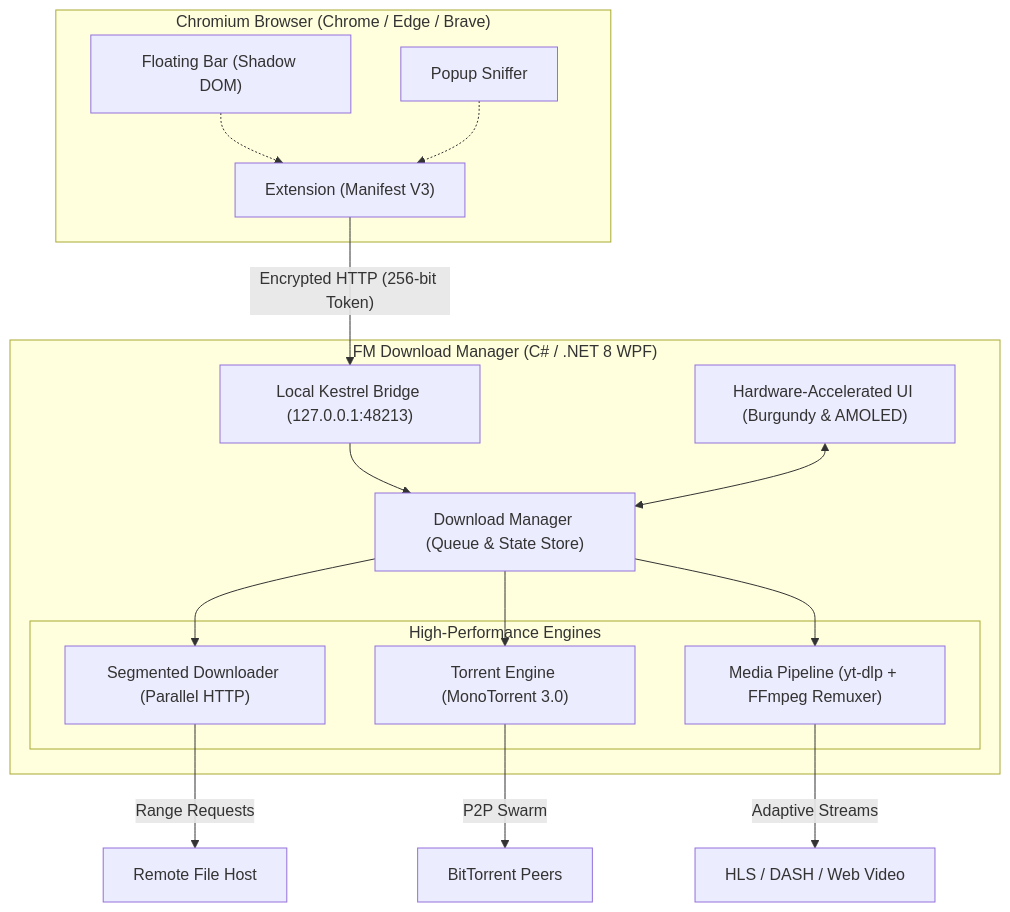
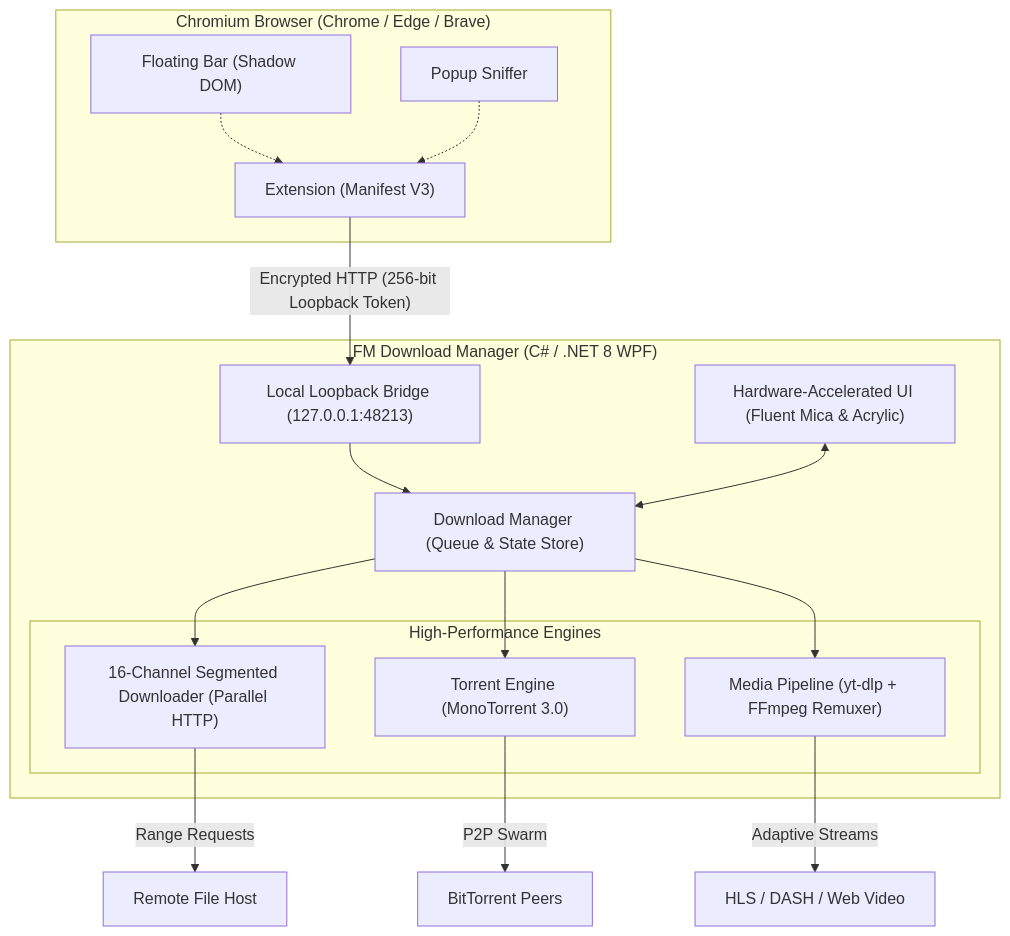
One commit to Ferdi-krbk/fm-download-manager changed the diagram in README.md. Above: the diagram before and after it, drawn with Mermaid. The commit also changed other lines of this file and 5 other files, not shown here.

````diff
--- a/README.md
+++ b/README.md
@@ -169,32 +202,32 @@
 ```mermaid
 flowchart TD
     subgraph Browser["Chromium Browser (Chrome / Edge / Brave)"]
         EXT["Extension (Manifest V3)"]
         BAR["Floating Bar (Shadow DOM)"]
         POP["Popup Sniffer"]
     end
 
     subgraph Desktop["FM Download Manager (C# / .NET 8 WPF)"]
-        UI["Hardware-Accelerated UI (Burgundy & AMOLED)"]
-        BRIDGE["Local Kestrel Bridge (127.0.0.1:48213)"]
+        UI["Hardware-Accelerated UI (Fluent Mica & Acrylic)"]
+        BRIDGE["Local Loopback Bridge (127.0.0.1:48213)"]
         MGR["Download Manager (Queue & State Store)"]
         
         subgraph Engines["High-Performance Engines"]
-            SEG["Segmented Downloader (Parallel HTTP)"]
+            SEG["16-Channel Segmented Downloader (Parallel HTTP)"]
             TOR["Torrent Engine (MonoTorrent 3.0)"]
             VID["Media Pipeline (yt-dlp + FFmpeg Remuxer)"]
         end
     end
 
-    EXT -- "Encrypted HTTP (256-bit Token)" --> BRIDGE
+    EXT -- "Encrypted HTTP (256-bit Loopback Token)" --> BRIDGE
     BAR -.-> EXT
     POP -.-> EXT
     BRIDGE --> MGR
     UI <--> MGR
     MGR --> SEG
     MGR --> TOR
     MGR --> VID
     SEG -- "Range Requests" --> WebServer["Remote File Host"]
     TOR -- "P2P Swarm" --> P2P["BitTorrent Peers"]
     VID -- "Adaptive Streams" --> MediaHost["HLS / DASH / Web Video"]
 ```
````
